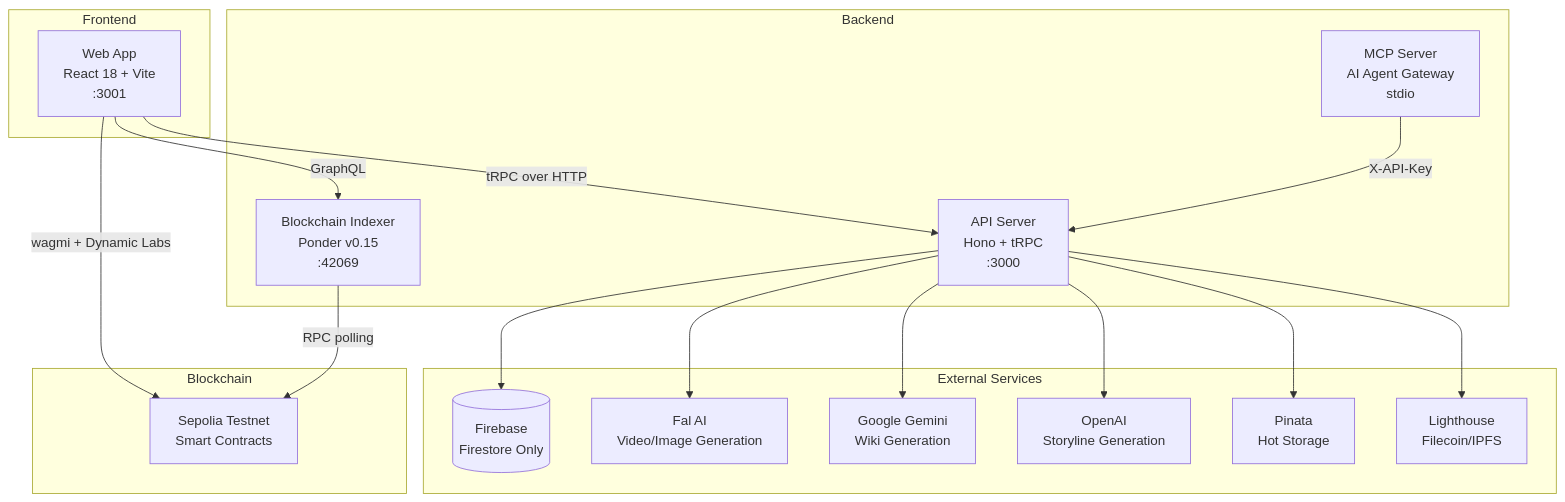
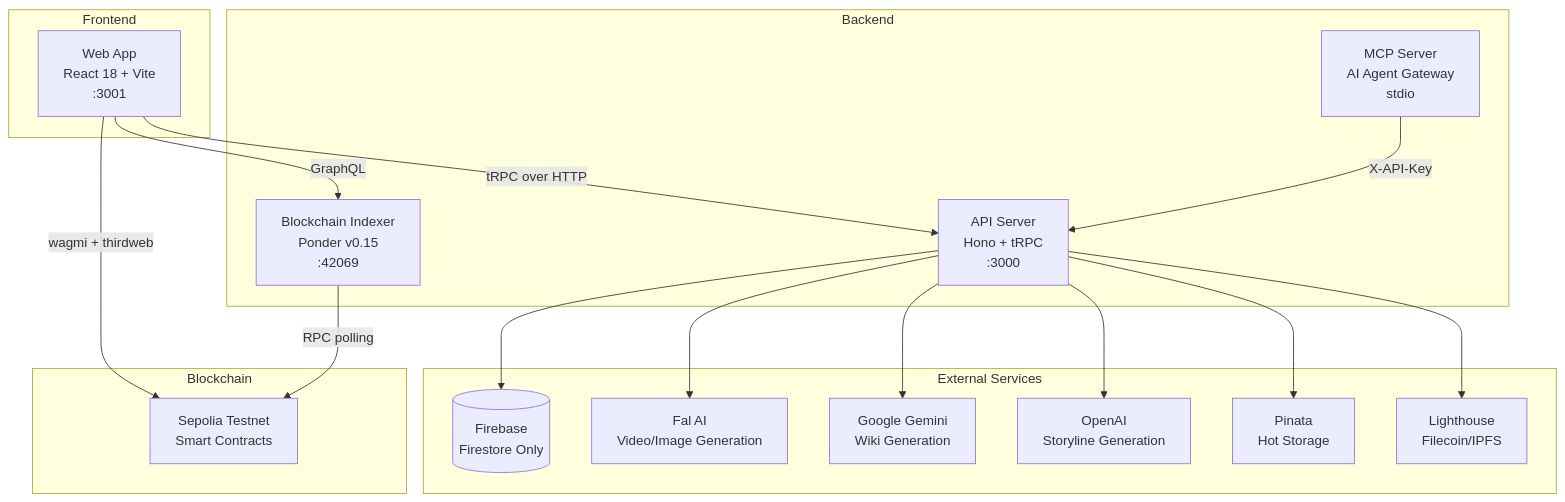
Before and after one commit to EcosystemNetwork/loar: the first of 2 diagrams in docs/architecture.md, drawn with Mermaid. The commit also changed other lines of this file and 11 other files, not shown here.

Commit message:
refactor: migrate wallet authentication provider from Dynamic Labs to thirdweb

````diff
--- a/docs/architecture.md
+++ b/docs/architecture.md
@@ -5,39 +5,39 @@
 ```mermaid
 graph TD
     subgraph Frontend
         WEB[Web App<br/>React 18 + Vite<br/>:3001]
     end
 
     subgraph Backend
         SERVER[API Server<br/>Hono + tRPC<br/>:3000]
         INDEXER[Blockchain Indexer<br/>Ponder v0.15<br/>:42069]
         MCP[MCP Server<br/>AI Agent Gateway<br/>stdio]
     end
 
     subgraph External Services
         FIREBASE[(Firebase<br/>Firestore Only)]
         FAL[Fal AI<br/>Video/Image Generation]
         GEMINI[Google Gemini<br/>Wiki Generation]
         OPENAI[OpenAI<br/>Storyline Generation]
         PINATA[Pinata<br/>Hot Storage]
         LIGHTHOUSE[Lighthouse<br/>Filecoin/IPFS]
     end
 
     subgraph Blockchain
         SEPOLIA[Sepolia Testnet<br/>Smart Contracts]
     end
 
     WEB -->|tRPC over HTTP| SERVER
     WEB -->|GraphQL| INDEXER
-    WEB -->|wagmi + Dynamic Labs| SEPOLIA
+    WEB -->|wagmi + thirdweb| SEPOLIA
 
     SERVER --> FIREBASE
     SERVER --> FAL
     SERVER --> GEMINI
     SERVER --> OPENAI
     SERVER --> PINATA
     SERVER --> LIGHTHOUSE
     INDEXER -->|RPC polling| SEPOLIA
 
     MCP -->|X-API-Key| SERVER
 ```
````
